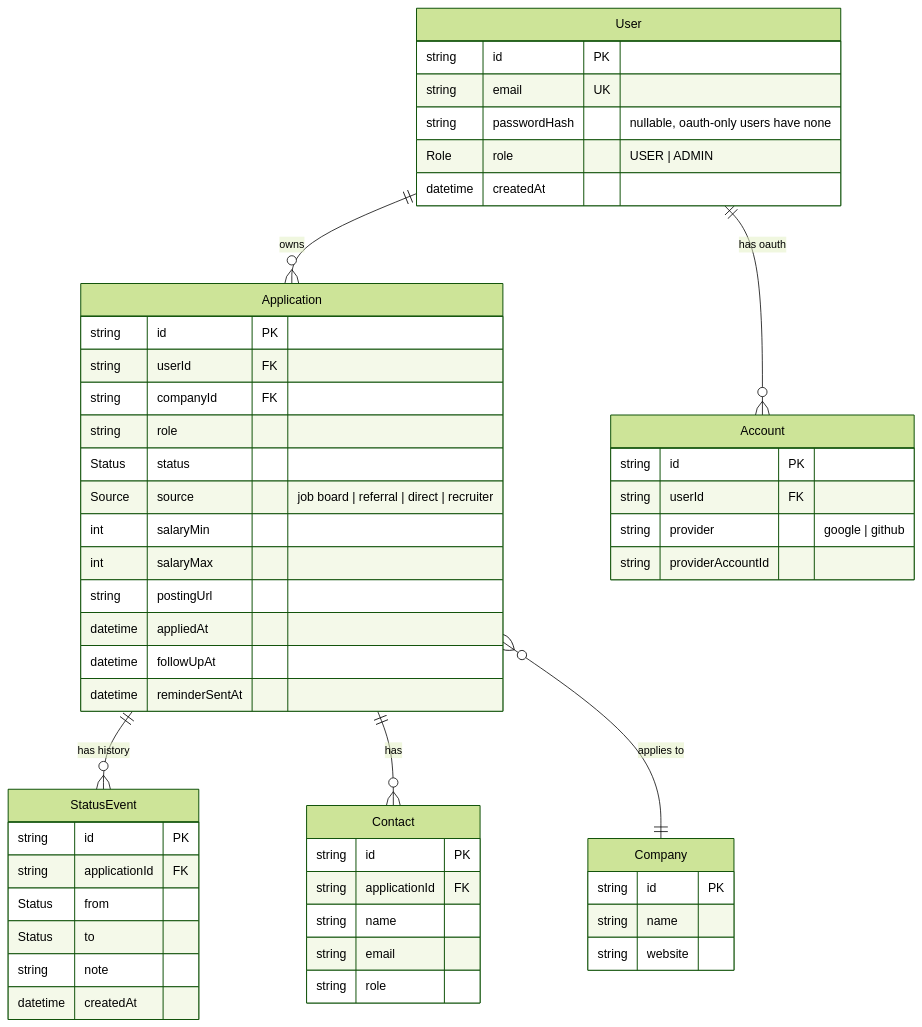
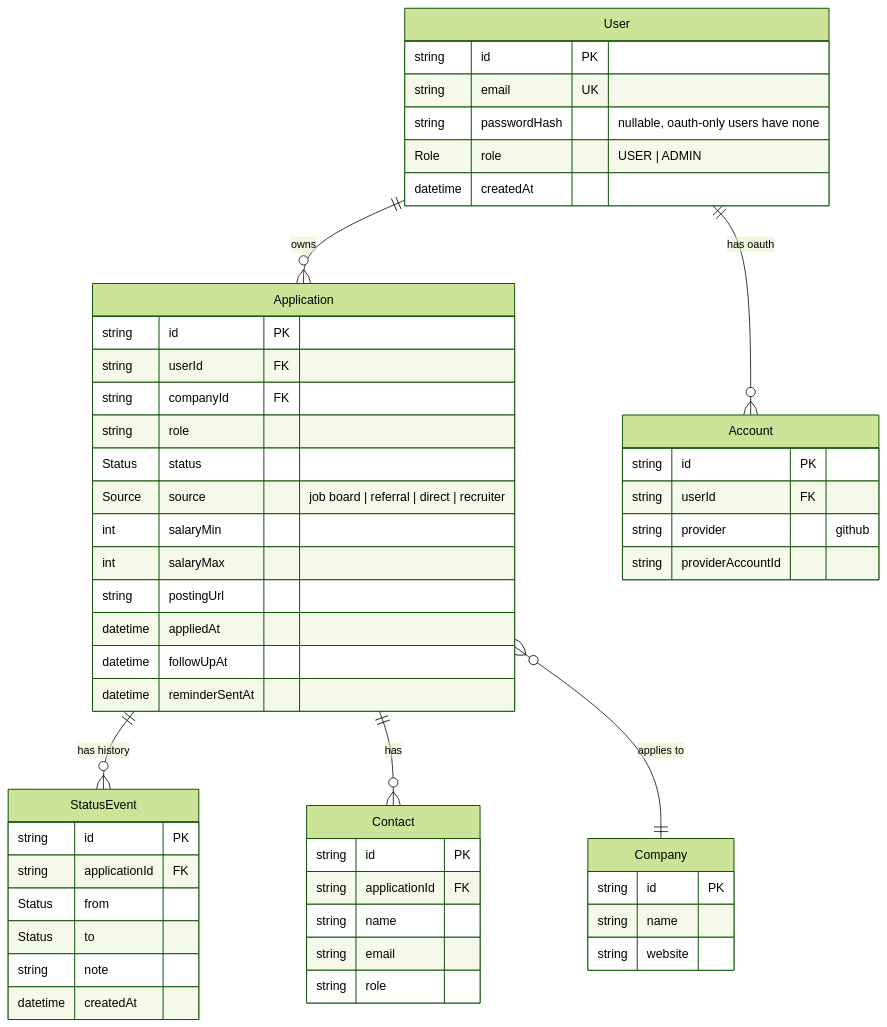
The second of 2 diagrams in README.md (aahmoh04/job-application-tracker-AM), drawn with Mermaid (forest theme) before and after one commit. The commit also changed other lines of this file and 1 other file, not shown here.

Commit message:
docs: scope M03 to GitHub, document why Google was cut

````diff
--- a/README.md
+++ b/README.md
@@ -156,56 +158,56 @@
 ```mermaid
 erDiagram
     User ||--o{ Application : owns
     User ||--o{ Account : "has oauth"
     Application ||--o{ StatusEvent : "has history"
     Application ||--o{ Contact : "has"
     Application }o--|| Company : "applies to"
 
     User {
         string id PK
         string email UK
         string passwordHash "nullable, oauth-only users have none"
         Role role "USER | ADMIN"
         datetime createdAt
     }
     Account {
         string id PK
         string userId FK
-        string provider "google | github"
+        string provider "github"
         string providerAccountId
     }
     Company {
         string id PK
         string name
         string website
     }
     Application {
         string id PK
         string userId FK
         string companyId FK
         string role
         Status status
         Source source "job board | referral | direct | recruiter"
         int salaryMin
         int salaryMax
         string postingUrl
         datetime appliedAt
         datetime followUpAt
         datetime reminderSentAt
     }
     StatusEvent {
         string id PK
         string applicationId FK
         Status from
         Status to
         string note
         datetime createdAt
     }
     Contact {
         string id PK
         string applicationId FK
         string name
         string email
         string role
     }
 ```
````
